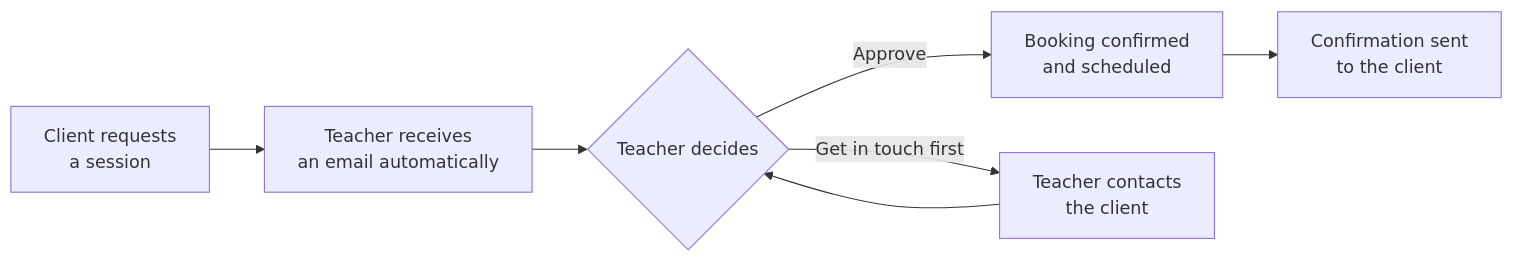
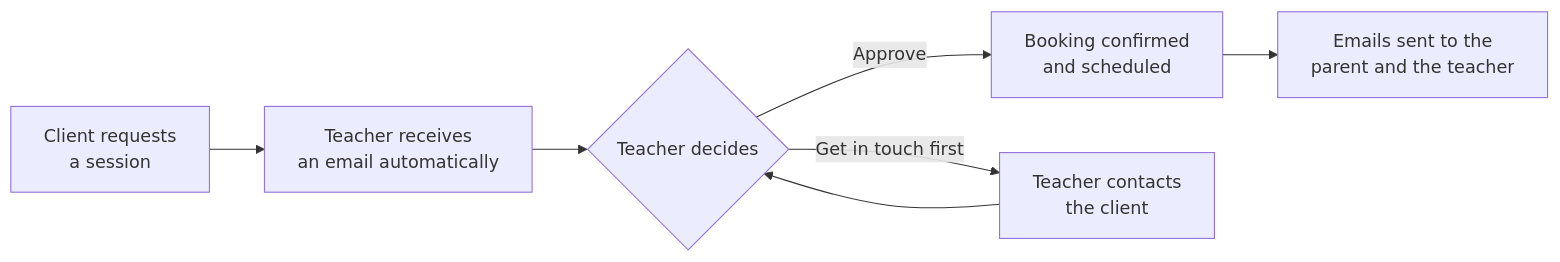
One commit to mercia-coder/custom-classroom-website-readonly changed the diagram in README.md. Above: the diagram before and after it, drawn with Mermaid. The commit also changed other lines of this file, not shown here.

````diff
--- a/README.md
+++ b/README.md
@@ -37,9 +47,9 @@
 ```mermaid
 flowchart LR
     A[Client requests<br/>a session] --> B[Teacher receives<br/>an email automatically]
     B --> C{Teacher decides}
     C -- Approve --> D[Booking confirmed<br/>and scheduled]
     C -- Get in touch first --> E[Teacher contacts<br/>the client]
     E --> C
-    D --> F[Confirmation sent<br/>to the client]
+    D --> F[Emails sent to the<br/>parent and the teacher]
 ```
````
